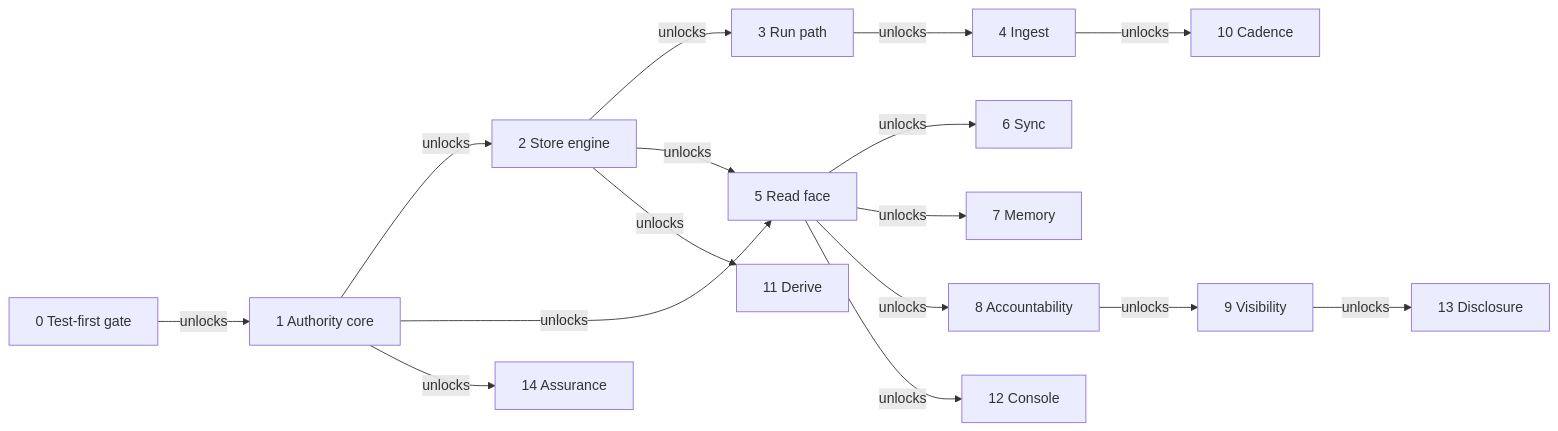
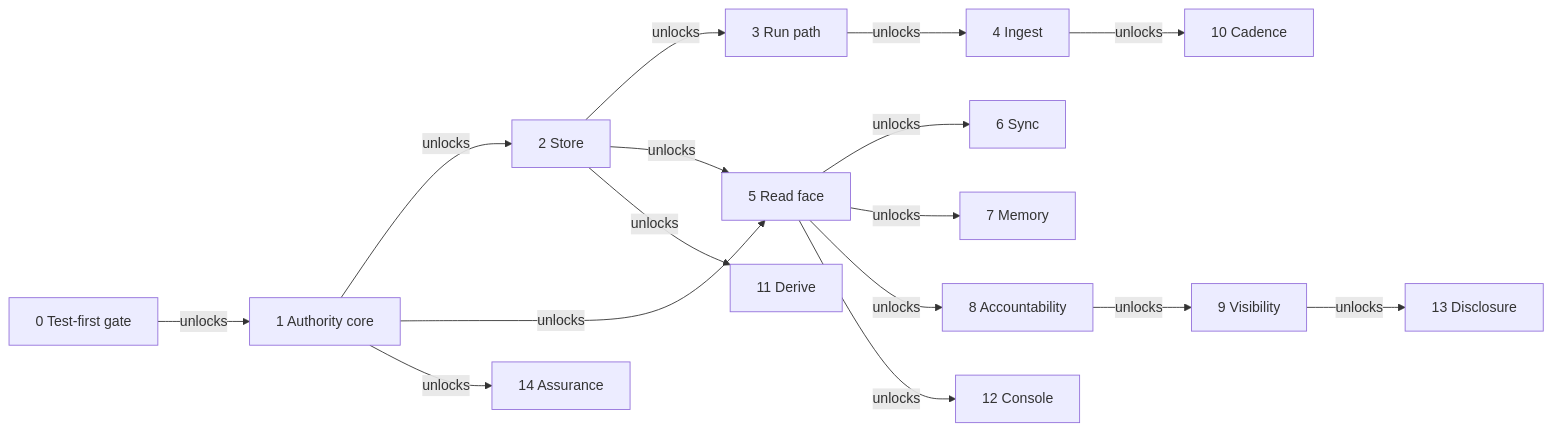
The diagram in spec/roadmap.md (fractalboxdev/contextful), drawn with Mermaid before and after one commit. The commit also changed 4 other files, not shown here.

````diff
--- a/spec/roadmap.md
+++ b/spec/roadmap.md
@@ -17,18 +17,18 @@
 ```mermaid
 flowchart LR
   Z[0 Test-first gate] -->|unlocks| A
-  A[1 Authority core] -->|unlocks| B[2 Store engine]
+  A[1 Authority core] -->|unlocks| B[2 Store]
   B -->|unlocks| C[3 Run path]
   C -->|unlocks| D[4 Ingest]
   B -->|unlocks| E[5 Read face]
   A -->|unlocks| E
   E -->|unlocks| F[6 Sync]
   E -->|unlocks| G[7 Memory]
   E -->|unlocks| H[8 Accountability]
   H -->|unlocks| I[9 Visibility]
   D -->|unlocks| J[10 Cadence]
   B -->|unlocks| K[11 Derive]
   E -->|unlocks| L[12 Console]
   I -->|unlocks| M[13 Disclosure]
   A -->|unlocks| N[14 Assurance]
 ```
````
